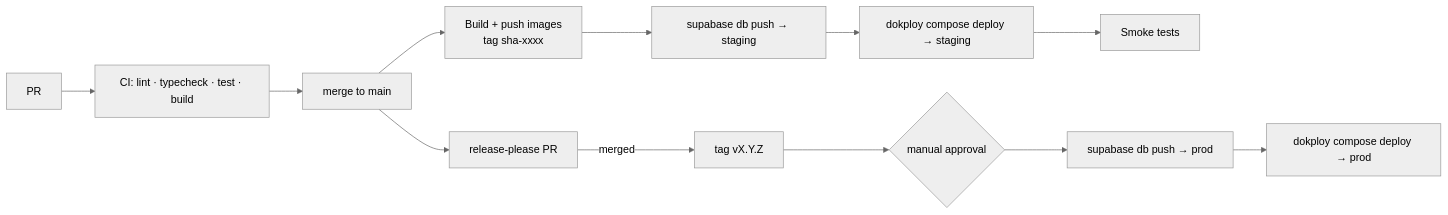
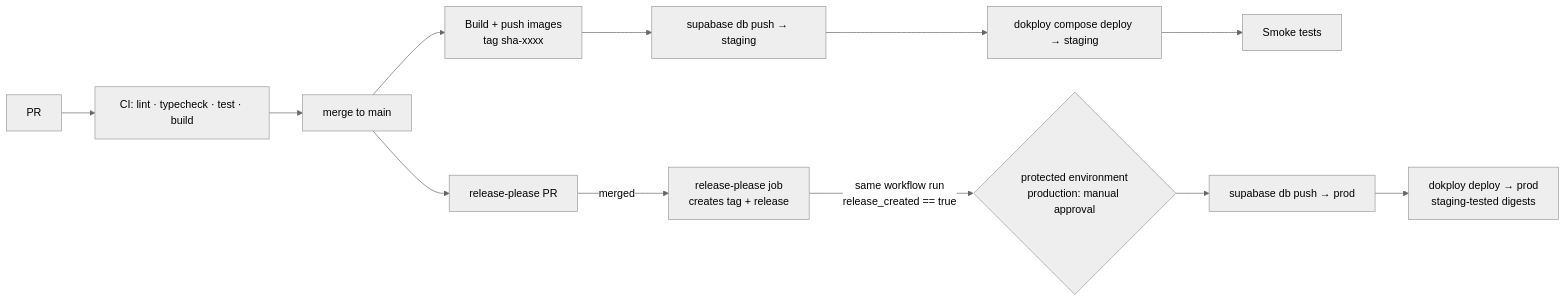
The diagram in docs/plan/06-deployment.md (soeenplop/enduva), drawn with Mermaid (neutral theme) before and after one commit. The commit also changed other lines of this file, not shown here.

First line of the commit message:
docs(plan): fix release promotion, upload path, worker connections and backups

````diff
--- a/docs/plan/06-deployment.md
+++ b/docs/plan/06-deployment.md
@@ -30,14 +30,14 @@
 ```mermaid
 flowchart LR
   PR[PR] --> CI[CI: lint · typecheck · test · build]
   CI --> MERGE[merge to main]
   MERGE --> IMG[Build + push images<br/>tag sha-xxxx]
   IMG --> MIG_S[supabase db push → staging]
   MIG_S --> DEP_S[dokploy compose deploy → staging]
   DEP_S --> SMOKE[Smoke tests]
   MERGE --> RP[release-please PR]
-  RP -- merged --> TAG[tag vX.Y.Z]
-  TAG --> APPROVE{manual approval}
+  RP -- merged --> REL[release-please job<br/>creates tag + release]
+  REL -- same workflow run<br/>release_created == true --> APPROVE{protected environment<br/>production: manual approval}
   APPROVE --> MIG_P[supabase db push → prod]
-  MIG_P --> DEP_P[dokploy compose deploy → prod]
+  MIG_P --> DEP_P[dokploy deploy → prod<br/>staging-tested digests]
 ```
````
